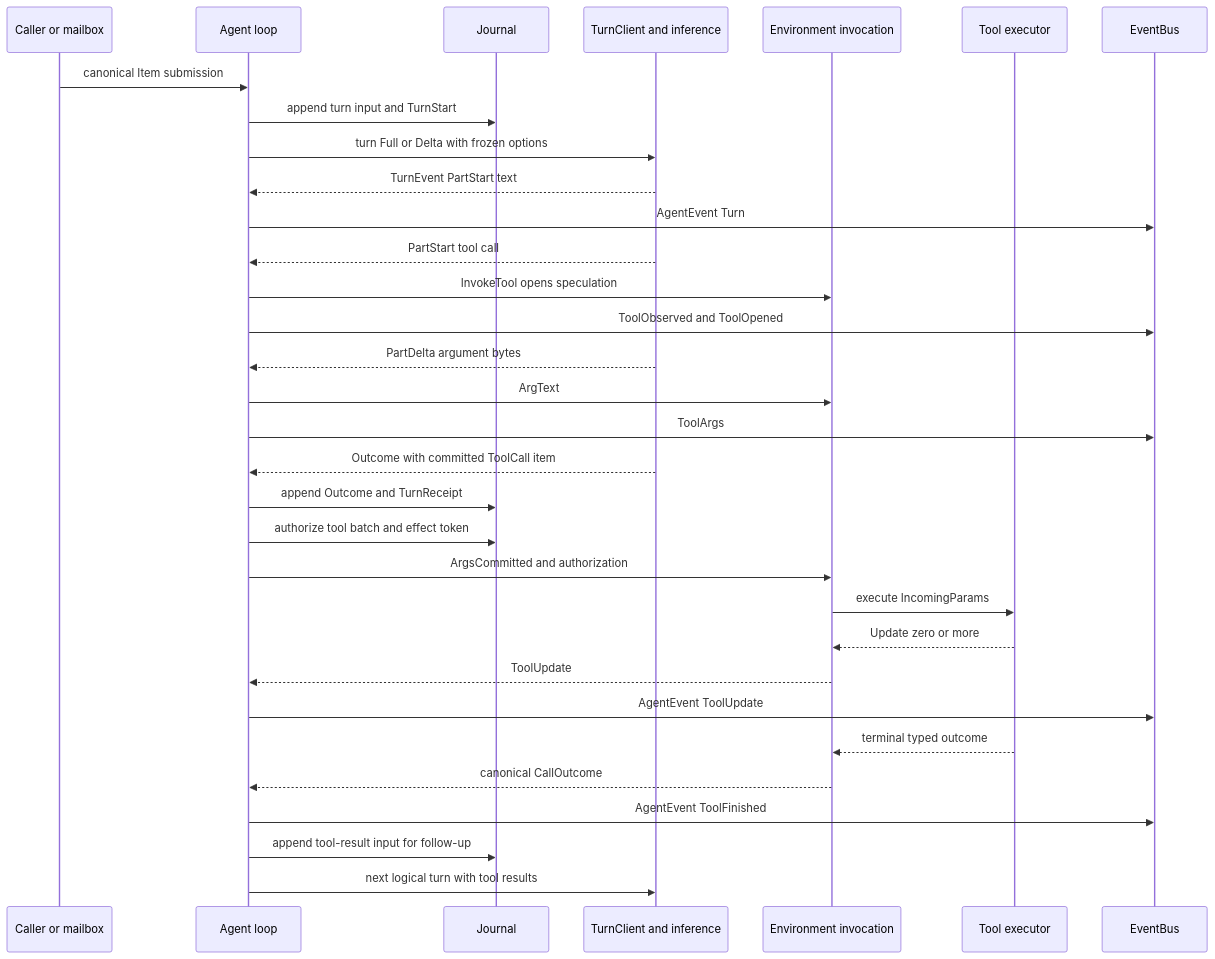
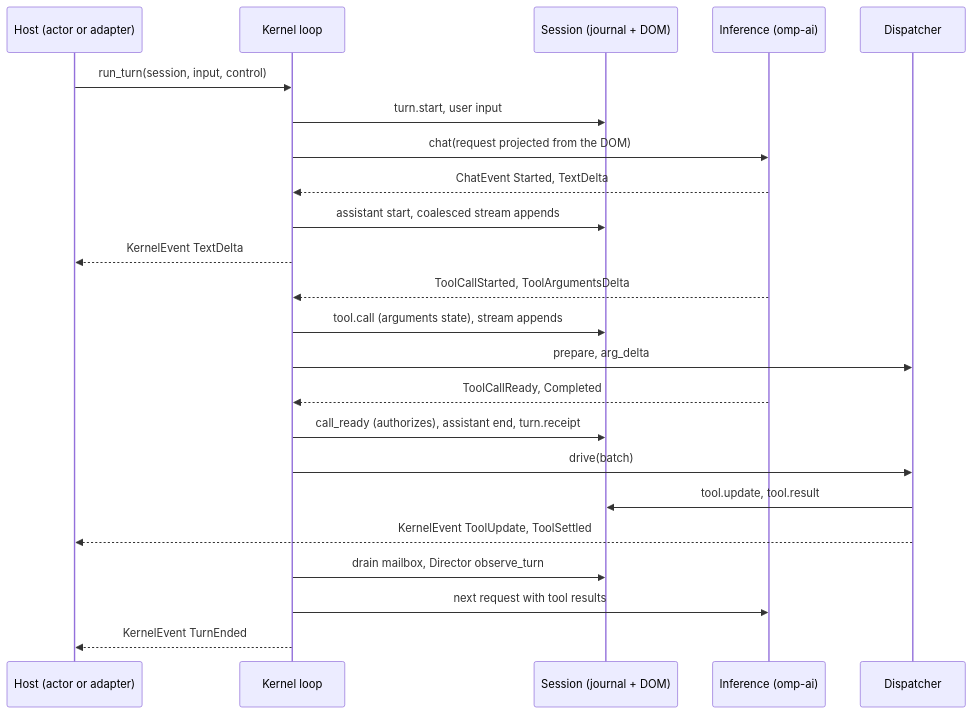
One commit to blyzer/oh-my-pi changed the first of 2 diagrams in docs/architecture/agent-loop.md. Above: the diagram before and after it, drawn with Mermaid. The commit also changed other lines of this file and 34 other files, not shown here.

First line of the commit message:
docs: close PR #117 follow-ups (stale APIs, agent loop, P1-P11, regime leftovers)

````diff
--- a/docs/architecture/agent-loop.md
+++ b/docs/architecture/agent-loop.md
@@ -73,34 +146,25 @@
 ```mermaid
 sequenceDiagram
-    participant U as Caller or mailbox
-    participant A as Agent loop
-    participant J as Journal
-    participant I as TurnClient and inference
-    participant E as Environment invocation
-    participant T as Tool executor
-    participant B as EventBus
-    U->>A: canonical Item submission
-    A->>J: append turn input and TurnStart
-    A->>I: turn Full or Delta with frozen options
-    I-->>A: TurnEvent PartStart text
-    A->>B: AgentEvent Turn
-    I-->>A: PartStart tool call
-    A->>E: InvokeTool opens speculation
-    A->>B: ToolObserved and ToolOpened
-    I-->>A: PartDelta argument bytes
-    A->>E: ArgText
-    A->>B: ToolArgs
-    I-->>A: Outcome with committed ToolCall item
-    A->>J: append Outcome and TurnReceipt
-    A->>J: authorize tool batch and effect token
-    A->>E: ArgsCommitted and authorization
-    E->>T: execute IncomingParams
-    T-->>E: Update zero or more
-    E-->>A: ToolUpdate
-    A->>B: AgentEvent ToolUpdate
-    T-->>E: terminal typed outcome
-    E-->>A: canonical CallOutcome
-    A->>B: AgentEvent ToolFinished
-    A->>J: append tool-result input for follow-up
-    A->>I: next logical turn with tool results
+    participant H as Host (actor or adapter)
+    participant K as Kernel loop
+    participant S as Session (journal + DOM)
+    participant I as Inference (omp-ai)
+    participant D as Dispatcher
+    H->>K: run_turn(session, input, control)
+    K->>S: turn.start, user input
+    K->>I: chat(request projected from the DOM)
+    I-->>K: ChatEvent Started, TextDelta
+    K->>S: assistant start, coalesced stream appends
+    K-->>H: KernelEvent TextDelta
+    I-->>K: ToolCallStarted, ToolArgumentsDelta
+    K->>S: tool.call (arguments state), stream appends
+    K->>D: prepare, arg_delta
+    I-->>K: ToolCallReady, Completed
+    K->>S: call_ready (authorizes), assistant end, turn.receipt
+    K->>D: drive(batch)
+    D->>S: tool.update, tool.result
+    D-->>H: KernelEvent ToolUpdate, ToolSettled
+    K->>S: drain mailbox, Director observe_turn
+    K->>I: next request with tool results
+    K-->>H: KernelEvent TurnEnded
 ```
````
